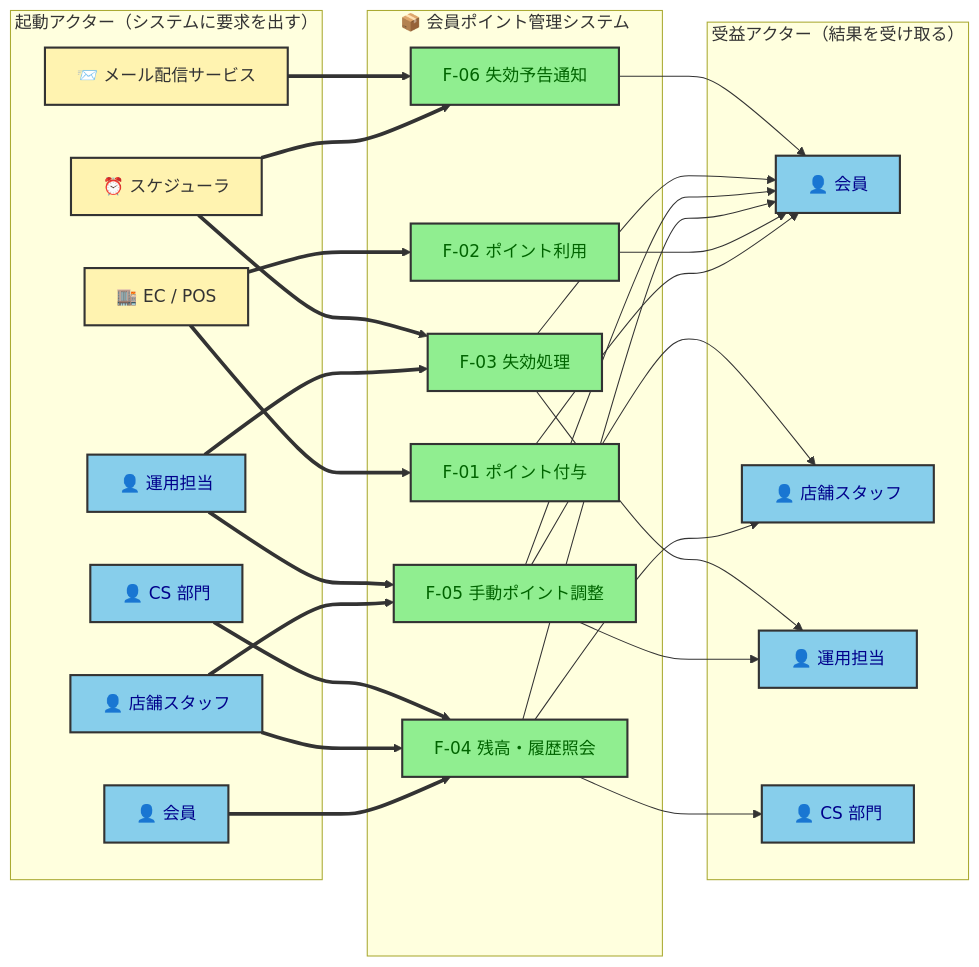
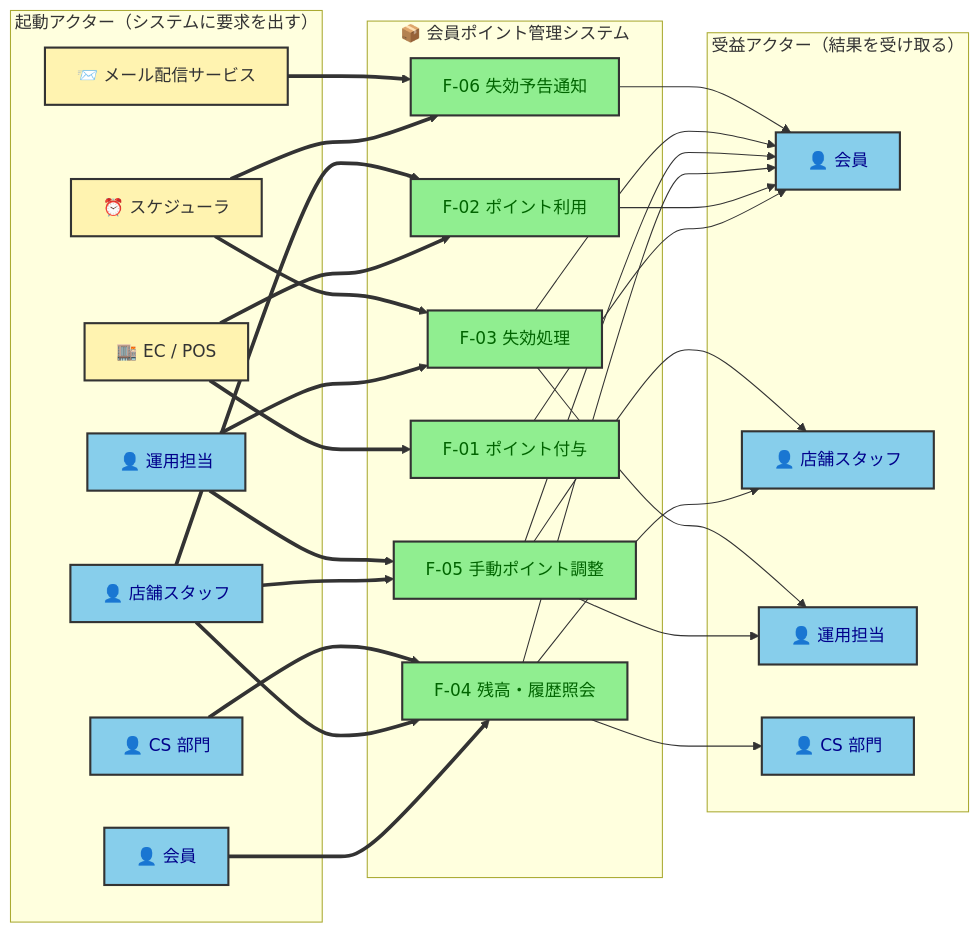
One commit to kasiopeiya/claude-dev-template changed the seventh of 7 diagrams in samples/docs/requirements.md. Above: the diagram before and after it, drawn with Mermaid. The commit also changed other lines of this file and 2 other files, not shown here.

````diff
--- a/samples/docs/requirements.md
+++ b/samples/docs/requirements.md
@@ -434,59 +452,60 @@
 ```mermaid
 flowchart LR
     subgraph TRIGGER["起動アクター（システムに要求を出す）"]
         t_ecpos["🏬 EC / POS"]
         t_member["👤 会員"]
         t_staff["👤 店舗スタッフ"]
         t_ops["👤 運用担当"]
         t_sched["⏰ スケジューラ"]
         t_mail["📨 メール配信サービス"]
         t_cs["👤 CS 部門"]
     end
 
     subgraph SYS["📦 会員ポイント管理システム"]
         f1["F-01 ポイント付与"]
         f2["F-02 ポイント利用"]
         f4["F-04 残高・履歴照会"]
         f5["F-05 手動ポイント調整"]
         f3["F-03 失効処理"]
         f6["F-06 失効予告通知"]
     end
 
     subgraph BENEFIT["受益アクター（結果を受け取る）"]
         b_member["👤 会員"]
         b_staff["👤 店舗スタッフ"]
         b_ops["👤 運用担当"]
         b_cs["👤 CS 部門"]
     end
 
     t_ecpos ==> f1
     t_ecpos ==> f2
+    t_staff ==> f2
     t_member ==> f4
     t_staff ==> f4
     t_staff ==> f5
     t_ops ==> f5
     t_ops ==> f3
     t_sched ==> f3
     t_sched ==> f6
     t_mail ==> f6
     t_cs ==> f4
 
     f1 --> b_member
     f2 --> b_member
     f4 --> b_member
     f4 --> b_staff
     f4 --> b_cs
     f5 --> b_member
     f5 --> b_staff
     f5 --> b_ops
     f3 --> b_member
     f3 --> b_ops
     f6 --> b_member
 
     classDef human fill:#87CEEB,stroke:#333,stroke-width:2px,color:darkblue
     classDef ext fill:#FFF3B0,stroke:#333,stroke-width:2px,color:#333
     classDef func fill:#90EE90,stroke:#333,stroke-width:2px,color:darkgreen
     class t_member,t_staff,t_ops,t_cs,b_member,b_staff,b_ops,b_cs human
     class t_ecpos,t_sched,t_mail ext
     class f1,f2,f3,f4,f5,f6 func
 ```
````
